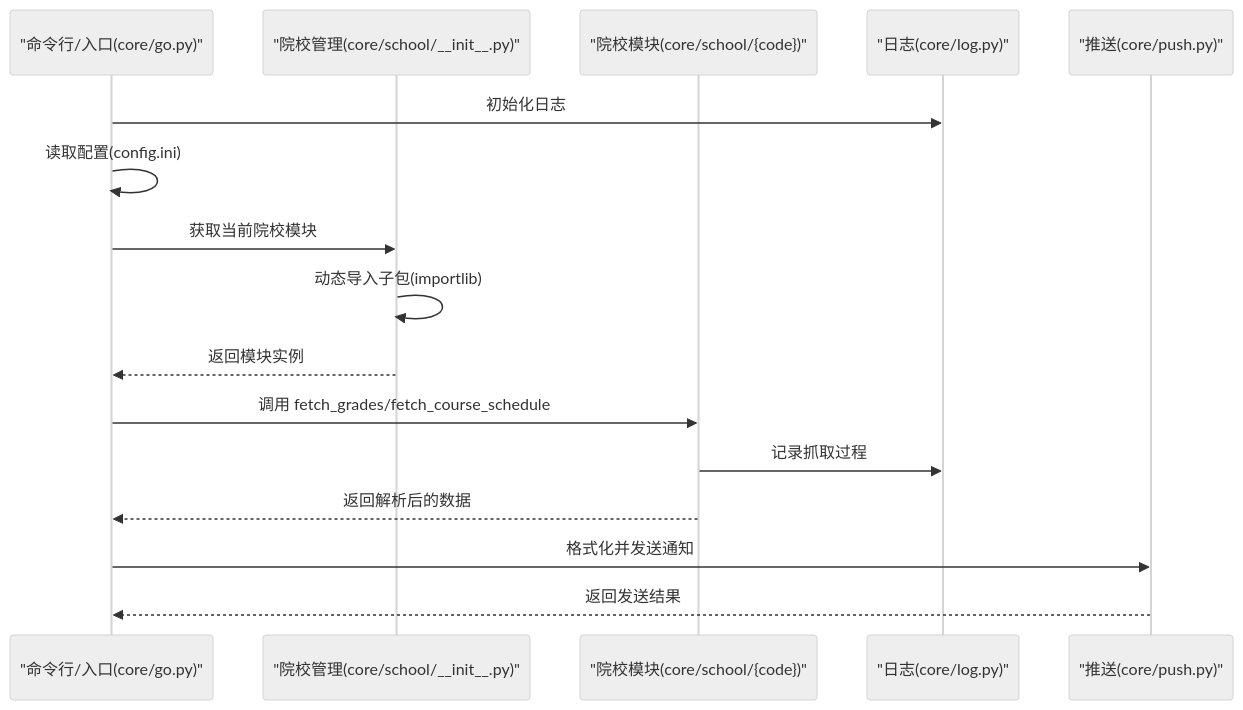
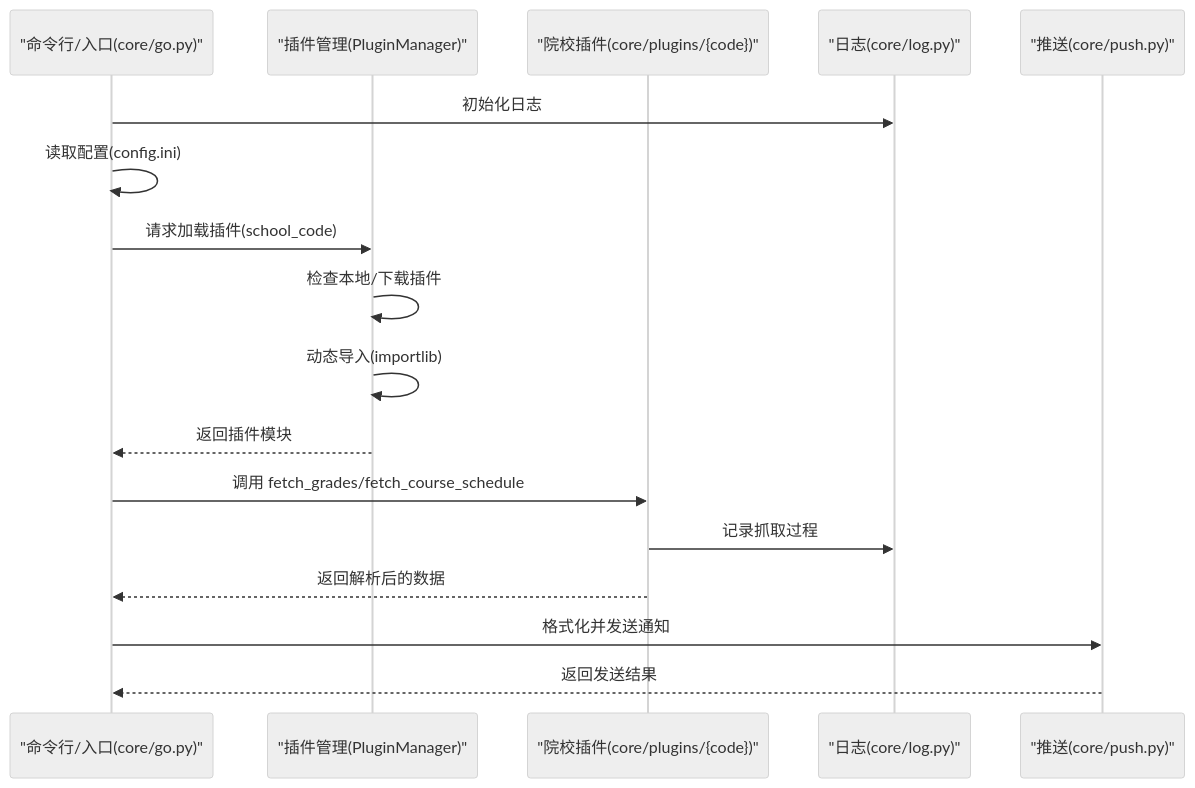
Before and after one commit to pjnt9372/Capture_Push: the second of 3 diagrams in .wiki/zh/content/API 参考文档/院校模块 API/扩展开发指南.md, drawn with Mermaid (neutral theme). The commit also changed other lines of this file and 37 other files, not shown here.

````diff
--- a/.wiki/zh/content/API 参考文档/院校模块 API/扩展开发指南.md
+++ b/.wiki/zh/content/API 参考文档/院校模块 API/扩展开发指南.md
@@ -92,18 +68,20 @@
 ```mermaid
 sequenceDiagram
 participant CLI as "命令行/入口(core/go.py)"
-participant SchoolMgr as "院校管理(core/school/__init__.py)"
-participant Mod as "院校模块(core/school/{code})"
+participant PM as "插件管理(PluginManager)"
+participant Mod as "院校插件(core/plugins/{code})"
 participant Log as "日志(core/log.py)"
 participant Push as "推送(core/push.py)"
+
 CLI->>Log : 初始化日志
 CLI->>CLI : 读取配置(config.ini)
-CLI->>SchoolMgr : 获取当前院校模块
-SchoolMgr->>SchoolMgr : 动态导入子包(importlib)
-SchoolMgr-->>CLI : 返回模块实例
+CLI->>PM : 请求加载插件(school_code)
+PM->>PM : 检查本地/下载插件
+PM->>PM : 动态导入(importlib)
+PM-->>CLI : 返回插件模块
 CLI->>Mod : 调用 fetch_grades/fetch_course_schedule
 Mod->>Log : 记录抓取过程
 Mod-->>CLI : 返回解析后的数据
 CLI->>Push : 格式化并发送通知
 Push-->>CLI : 返回发送结果
 ```
````
